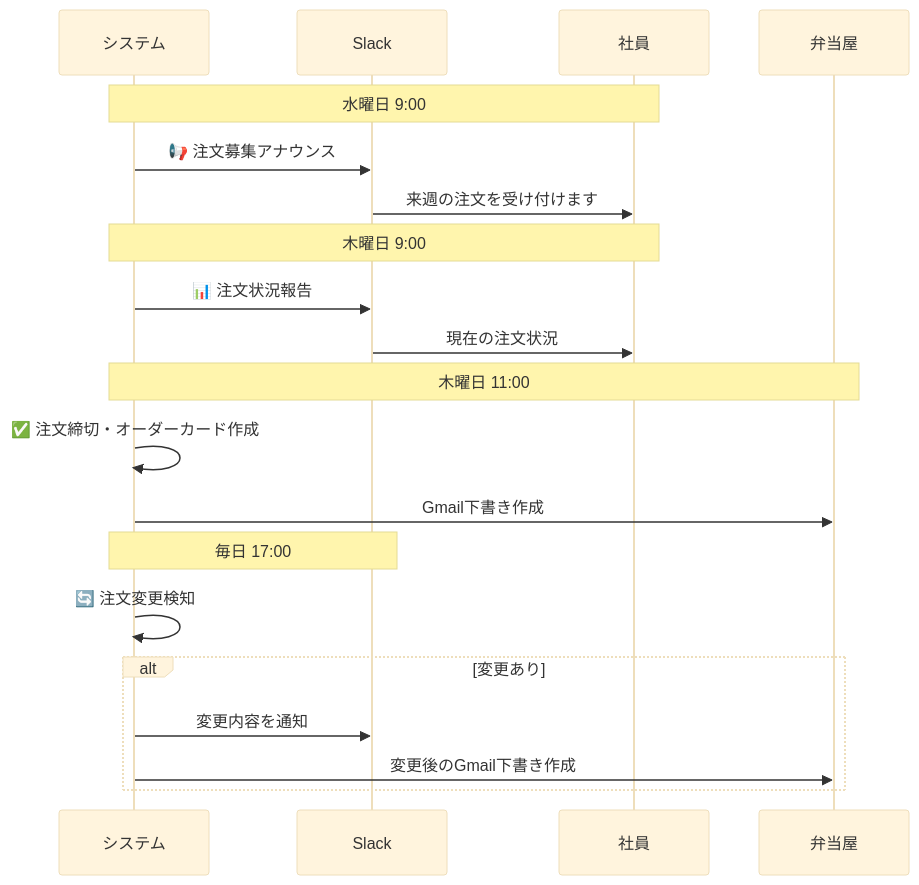
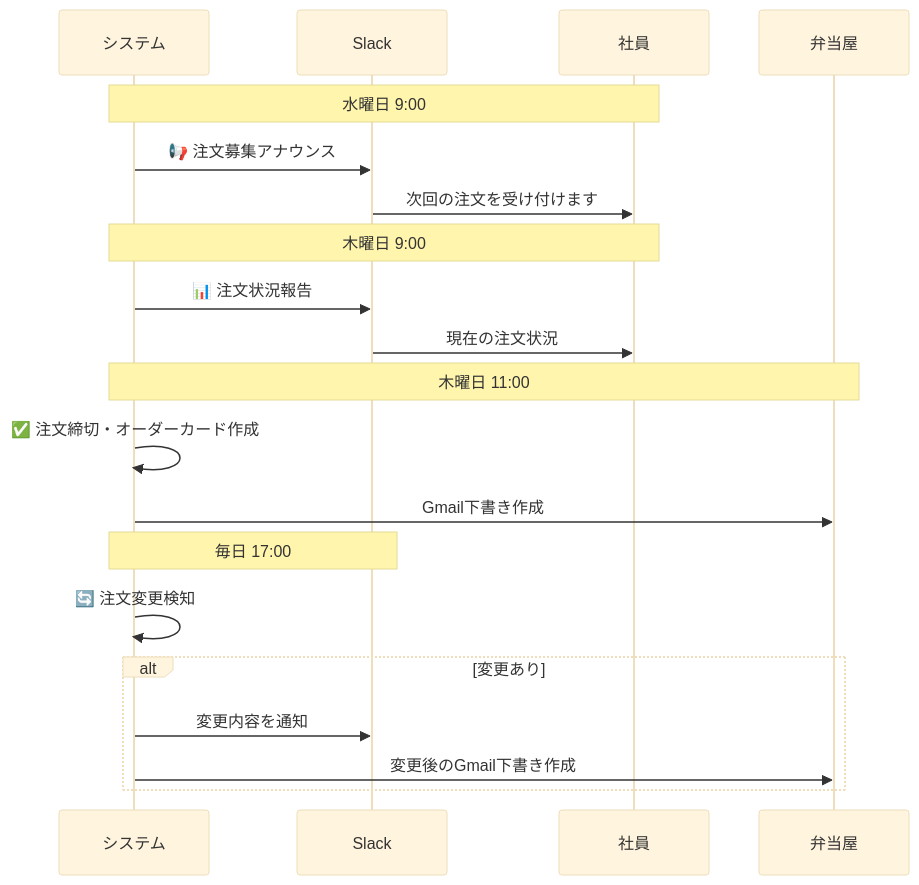
Before and after one commit to interh852/lunch-order: the diagram in README.md, drawn with Mermaid (base theme). The commit also changed other lines of this file and 9 other files, not shown here.

````diff
--- a/README.md
+++ b/README.md
@@ -97,26 +97,26 @@
 ```mermaid
 sequenceDiagram
     participant システム
     participant Slack
     participant 社員
     participant 弁当屋
 
     Note over システム,社員: 水曜日 9:00
     システム->>Slack: 📢 注文募集アナウンス
-    Slack->>社員: 来週の注文を受け付けます
+    Slack->>社員: 次回の注文を受け付けます
 
     Note over システム,社員: 木曜日 9:00
     システム->>Slack: 📊 注文状況報告
     Slack->>社員: 現在の注文状況
 
     Note over システム,弁当屋: 木曜日 11:00
     システム->>システム: ✅ 注文締切・オーダーカード作成
     システム->>弁当屋: Gmail下書き作成
 
     Note over システム,Slack: 毎日 17:00
     システム->>システム: 🔄 注文変更検知
     alt 変更あり
         システム->>Slack: 変更内容を通知
         システム->>弁当屋: 変更後のGmail下書き作成
     end
 ```
````
